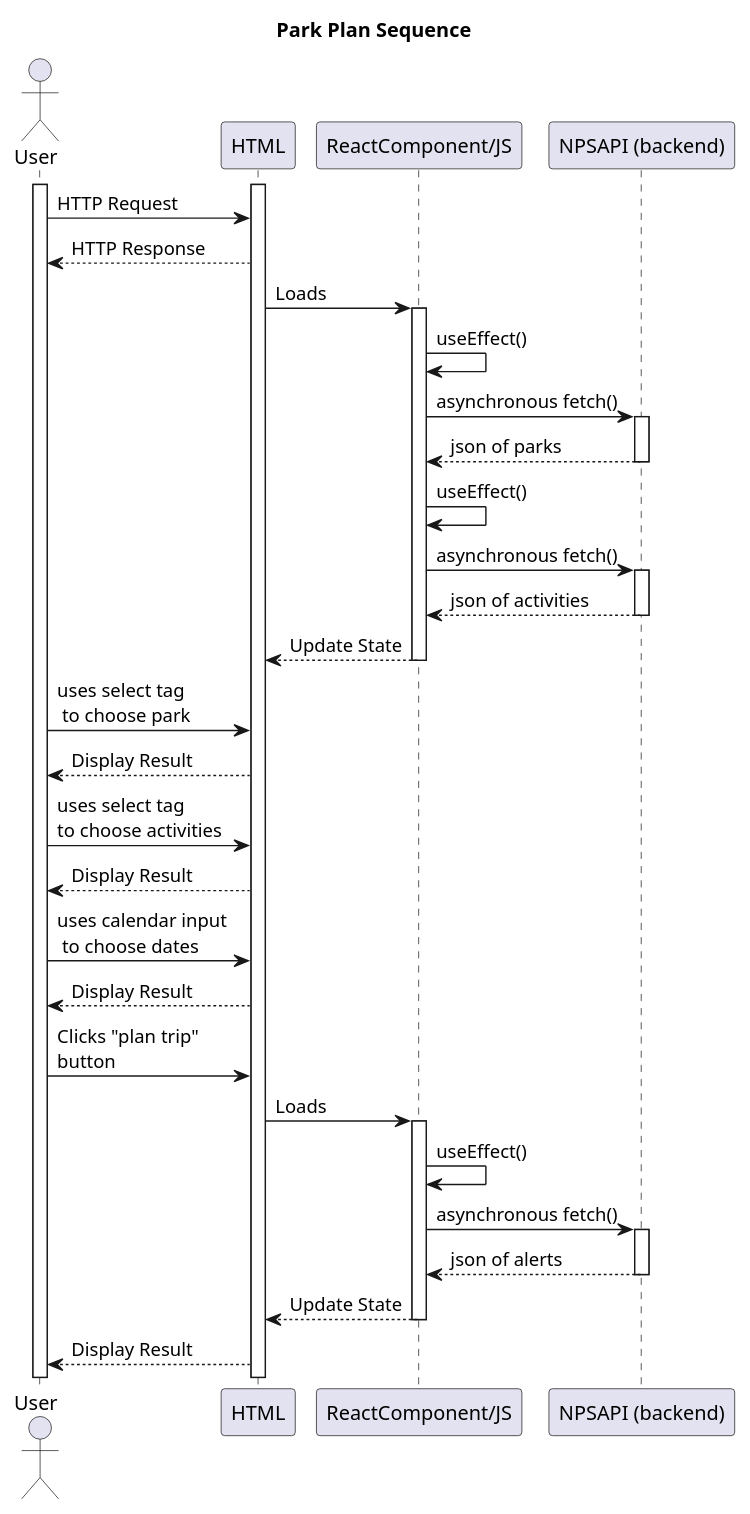
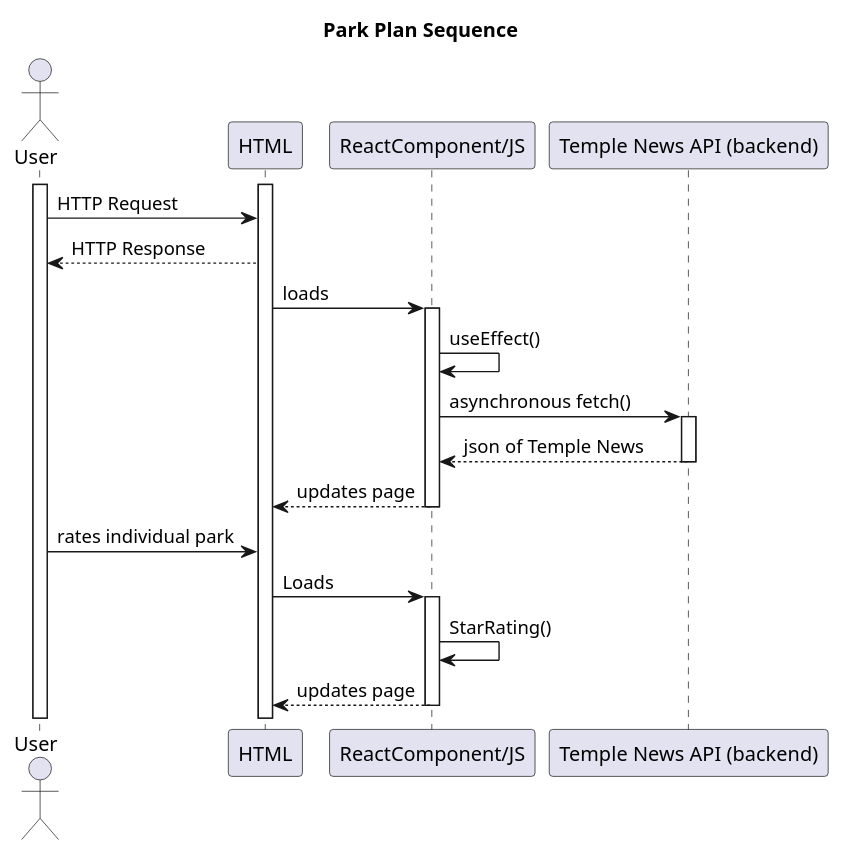
The diagram in Diagrams/ParkPlanSeqDiagram.puml (IskraLlupa25/llupa-sheldon-nguyen), drawn with PlantUML before and after one commit.

```diff
--- a/Diagrams/ParkPlanSeqDiagram.puml
+++ b/Diagrams/ParkPlanSeqDiagram.puml
@@ -1,60 +1,38 @@
 @startuml Park Plan Sequence
 title Park Plan Sequence
 
 actor User
 participant HTML
 participant "ReactComponent/JS" as RCJS
-participant "NPSAPI (backend)" as NPSAPI
+participant "Temple News API (backend)" as TUAPI
 
 activate User
 activate HTML
 
 User -> HTML : HTTP Request
 User <-- HTML : HTTP Response
 
-HTML -> RCJS : Loads
+HTML -> RCJS: loads
 activate RCJS
 
 RCJS -> RCJS : useEffect()
-RCJS -> NPSAPI : asynchronous fetch()
-activate NPSAPI
+RCJS -> TUAPI : asynchronous fetch()
+activate TUAPI
 
-RCJS <-- NPSAPI : json of parks
-deactivate NPSAPI
+RCJS <-- TUAPI : json of Temple News
+deactivate TUAPI
 
-RCJS -> RCJS : useEffect()
-RCJS -> NPSAPI : asynchronous fetch()
-activate NPSAPI
-
-RCJS <-- NPSAPI : json of activities
-deactivate NPSAPI
-
-RCJS --> HTML : Update State
+HTML <-- RCJS: updates page
 deactivate RCJS
 
-User -> HTML : uses select tag\n to choose park
-User <-- HTML : Display Result
+User -> HTML: rates individual park
 
-User -> HTML : uses select tag\nto choose activities
-User <-- HTML : Display Result
-
-User -> HTML : uses calendar input\n to choose dates
-User <-- HTML : Display Result
-
-User -> HTML : Clicks "plan trip"\nbutton
-HTML -> RCJS : Loads
+HTML -> RCJS: Loads
 activate RCJS
 
-RCJS -> RCJS : useEffect()
-RCJS -> NPSAPI : asynchronous fetch()
-activate NPSAPI
-
-RCJS <-- NPSAPI : json of alerts
-deactivate NPSAPI
-
-HTML <-- RCJS : Update State
+RCJS -> RCJS: StarRating()
+HTML <-- RCJS: updates page
 deactivate RCJS
 
-User <-- HTML : Display Result
 
 @enduml
```
